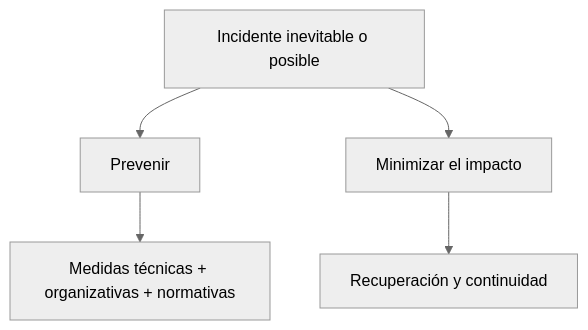
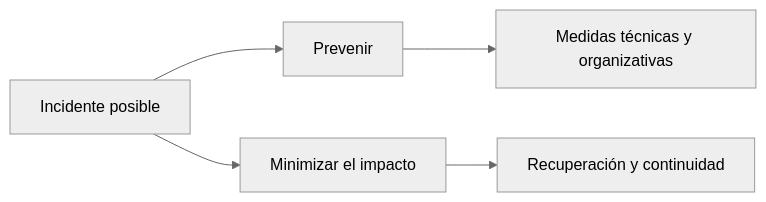
The second of 10 diagrams in materiales/diapositivas/UD01_diapositivas.md (martalopezron92/2026-2SMR-SEGINF-Material), drawn with Mermaid (neutral theme) before and after one commit. The commit also changed other lines of this file, not shown here.

````diff
--- a/materiales/diapositivas/UD01_diapositivas.md
+++ b/materiales/diapositivas/UD01_diapositivas.md
@@ -42,7 +62,7 @@
 ```mermaid
-flowchart TD
-    INCIDENTE[Incidente inevitable o posible] --> PREV[Prevenir]
-    INCIDENTE --> MIT[Minimizar el impacto]
-    PREV --> POL[Medidas técnicas + organizativas + normativas]
-    MIT --> REC[Recuperación y continuidad]
+flowchart LR
+ I[Incidente posible] --> P[Prevenir]
+ I --> M[Minimizar el impacto]
+ P --> T[Medidas técnicas y organizativas]
+ M --> R[Recuperación y continuidad]
 ```
````
